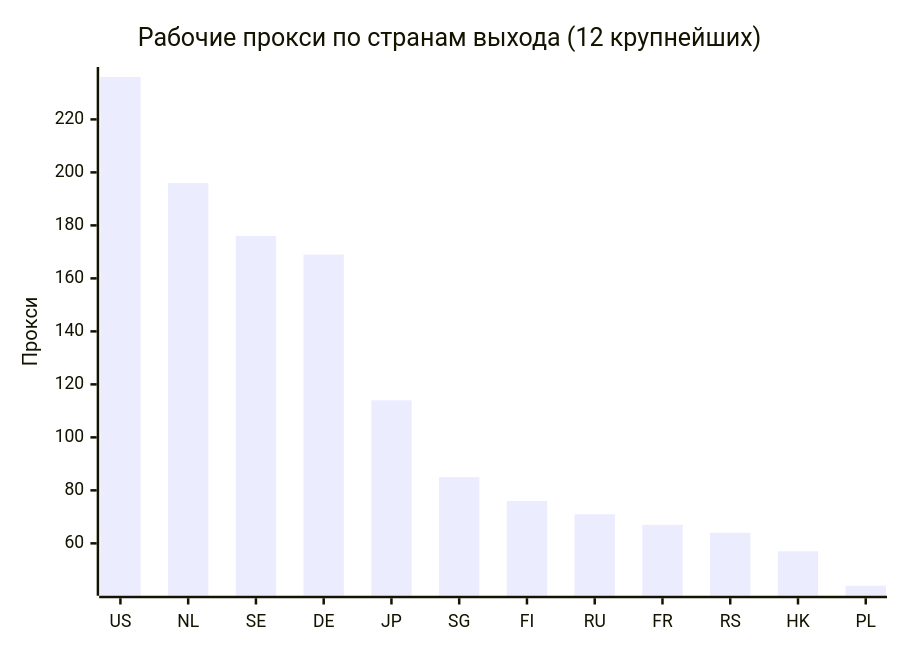
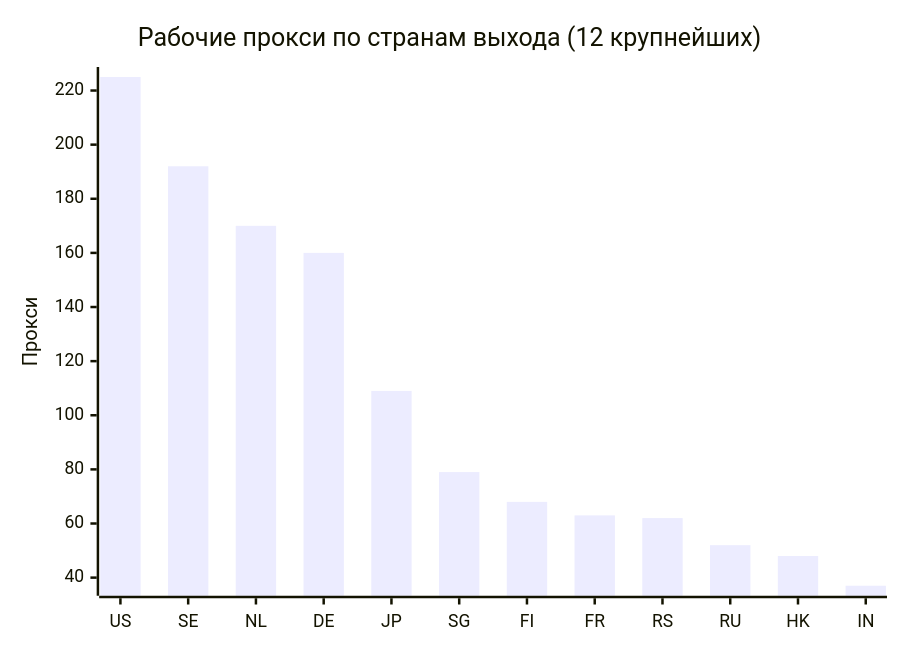
The second of 4 diagrams in README.md (rvvg/proxy-subs), drawn with Mermaid before and after one commit. The commit also changed other lines of this file and 51 other files, not shown here.

````diff
--- a/README.md
+++ b/README.md
@@ -132,7 +132,7 @@
 ```mermaid
 xychart-beta
     title "Рабочие прокси по странам выхода (12 крупнейших)"
-    x-axis ["US", "NL", "SE", "DE", "JP", "SG", "FI", "RU", "FR", "RS", "HK", "PL"]
+    x-axis ["US", "SE", "NL", "DE", "JP", "SG", "FI", "FR", "RS", "RU", "HK", "IN"]
     y-axis "Прокси"
-    bar [236, 196, 176, 169, 114, 85, 76, 71, 67, 64, 57, 44]
+    bar [225, 192, 170, 160, 109, 79, 68, 63, 62, 52, 48, 37]
 ```
````
